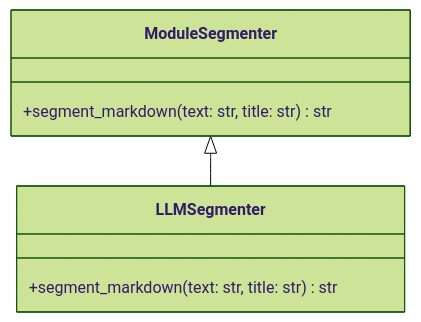
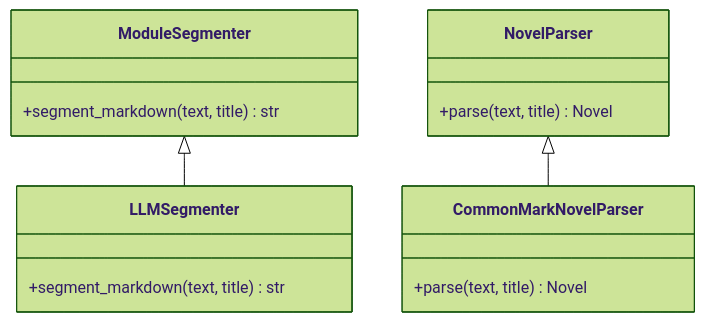
One commit to mattbriggs/novel_testbed_app changed the second of 6 diagrams in docs/software-design.md. Above: the diagram before and after it, drawn with Mermaid (forest theme). The commit also changed other lines of this file and 26 other files, not shown here.

````diff
--- a/docs/software-design.md
+++ b/docs/software-design.md
@@ -81,12 +93,18 @@
 ```mermaid
 classDiagram
     class ModuleSegmenter {
-        +segment_markdown(text: str, title: str) str
+        +segment_markdown(text, title) str
     }
+    class LLMSegmenter {
+        +segment_markdown(text, title) str
+    }
+    ModuleSegmenter <|-- LLMSegmenter
 
-    class LLMSegmenter {
-        +segment_markdown(text: str, title: str) str
+    class NovelParser {
+        +parse(text, title) Novel
     }
-
-    ModuleSegmenter <|-- LLMSegmenter
+    class CommonMarkNovelParser {
+        +parse(text, title) Novel
+    }
+    NovelParser <|-- CommonMarkNovelParser
 ```
````
